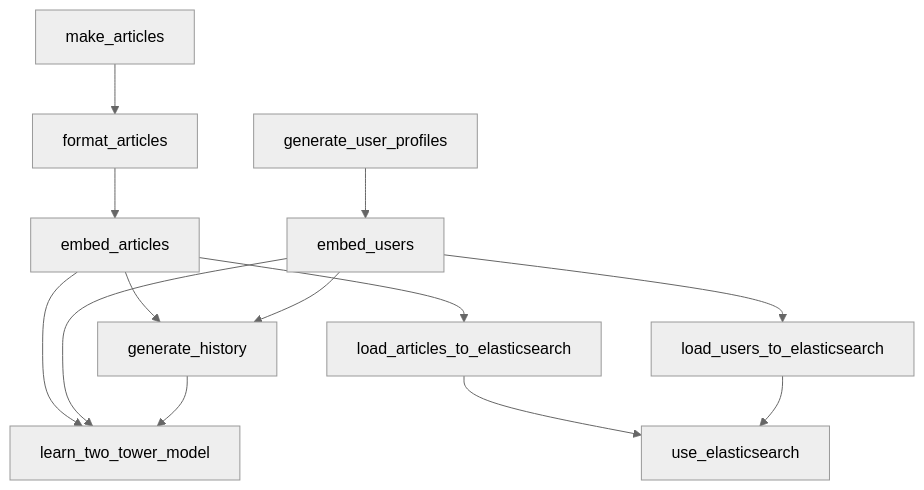
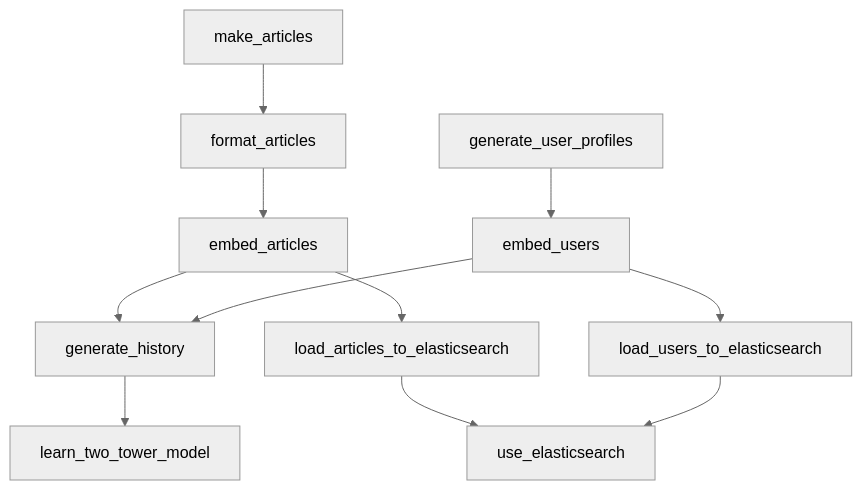
One commit to u-masao/hybrid-search-demo changed the diagram in PIPELINE.md. Above: the diagram before and after it, drawn with Mermaid (neutral theme).

Commit message:
dvc pipeline updated

````diff
--- a/PIPELINE.md
+++ b/PIPELINE.md
@@ -1,25 +1,23 @@
 ```mermaid
 flowchart TD
 	node1["embed_articles"]
 	node2["embed_users"]
 	node3["format_articles"]
 	node4["generate_history"]
 	node5["generate_user_profiles"]
 	node6["learn_two_tower_model"]
 	node7["load_articles_to_elasticsearch"]
 	node8["load_users_to_elasticsearch"]
 	node9["make_articles"]
 	node10["use_elasticsearch"]
 	node1-->node4
-	node1-->node6
 	node1-->node7
 	node2-->node4
-	node2-->node6
 	node2-->node8
 	node3-->node1
 	node4-->node6
 	node5-->node2
 	node7-->node10
 	node8-->node10
 	node9-->node3
 ```
````
